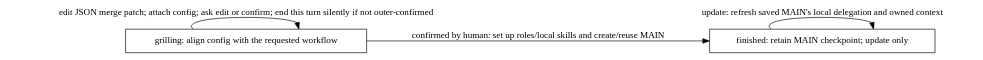
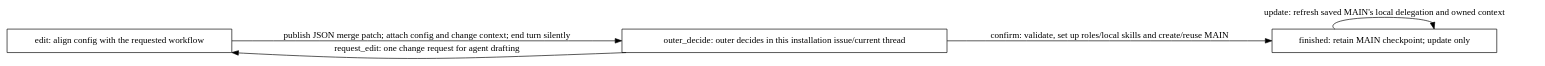
The diagram in docs/workflow.md (Winfred666/multica-featssship), drawn with Graphviz before and after one commit. The commit also changed other lines of this file and 6 other files, not shown here.

Commit message:
feat(install_sop): let outer confirm installation or request edits

````diff
--- a/docs/workflow.md
+++ b/docs/workflow.md
@@ -24,10 +24,12 @@
 ```dot
 digraph installation {
   rankdir=LR; node [shape=box];
-  grilling [label="grilling: align config with the requested workflow"];
+  edit [label="edit: align config with the requested workflow"];
+  outer_decide [label="outer_decide: outer decides in this installation issue/current thread"];
   finished [label="finished: retain MAIN checkpoint; update only"];
-  grilling -> grilling [label="edit JSON merge patch; attach config; ask edit or confirm; end this turn silently if not outer-confirmed"];
-  grilling -> finished [label="confirmed by human: set up roles/local skills and create/reuse MAIN"];
+  edit -> outer_decide [label="publish JSON merge patch; attach config and change context; end turn silently"];
+  outer_decide -> edit [label="request_edit: one change request for agent drafting"];
+  outer_decide -> finished [label="confirm: validate, set up roles/local skills and create/reuse MAIN"];
   finished -> finished [label="update: refresh saved MAIN's local delegation and owned context"];
 }
 ```
````
